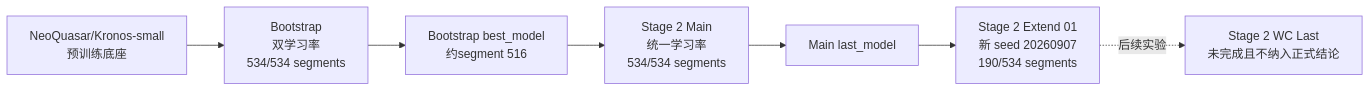
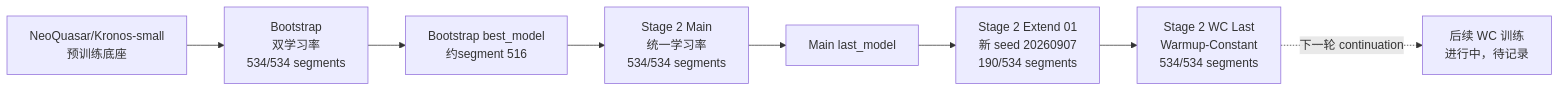
Before and after one commit to luckfu/Kronos: the first of 15 diagrams in finetune/SMALL_0_1_MODEL_AND_TRAINING_TECHNICAL_REPORT_CN.md, drawn with Mermaid. The commit also changed other lines of this file and 4 other files, not shown here.

````diff
--- a/finetune/SMALL_0_1_MODEL_AND_TRAINING_TECHNICAL_REPORT_CN.md
+++ b/finetune/SMALL_0_1_MODEL_AND_TRAINING_TECHNICAL_REPORT_CN.md
@@ -13,9 +13,10 @@
 ```mermaid
 flowchart LR
     B[NeoQuasar/Kronos-small<br/>预训练底座] --> BT[Bootstrap<br/>双学习率<br/>534/534 segments]
     BT --> BB[Bootstrap best_model<br/>约segment 516]
     BB --> M[Stage 2 Main<br/>统一学习率<br/>534/534 segments]
     M --> L[Main last_model]
     L --> E[Stage 2 Extend 01<br/>新 seed 20260907<br/>190/534 segments]
-    E -.后续实验.-> WC[Stage 2 WC Last<br/>未完成且不纳入正式结论]
+    E --> WC[Stage 2 WC Last<br/>Warmup-Constant<br/>534/534 segments]
+    WC -.下一轮 continuation.-> WCN[后续 WC 训练<br/>进行中，待记录]
 ```
````
